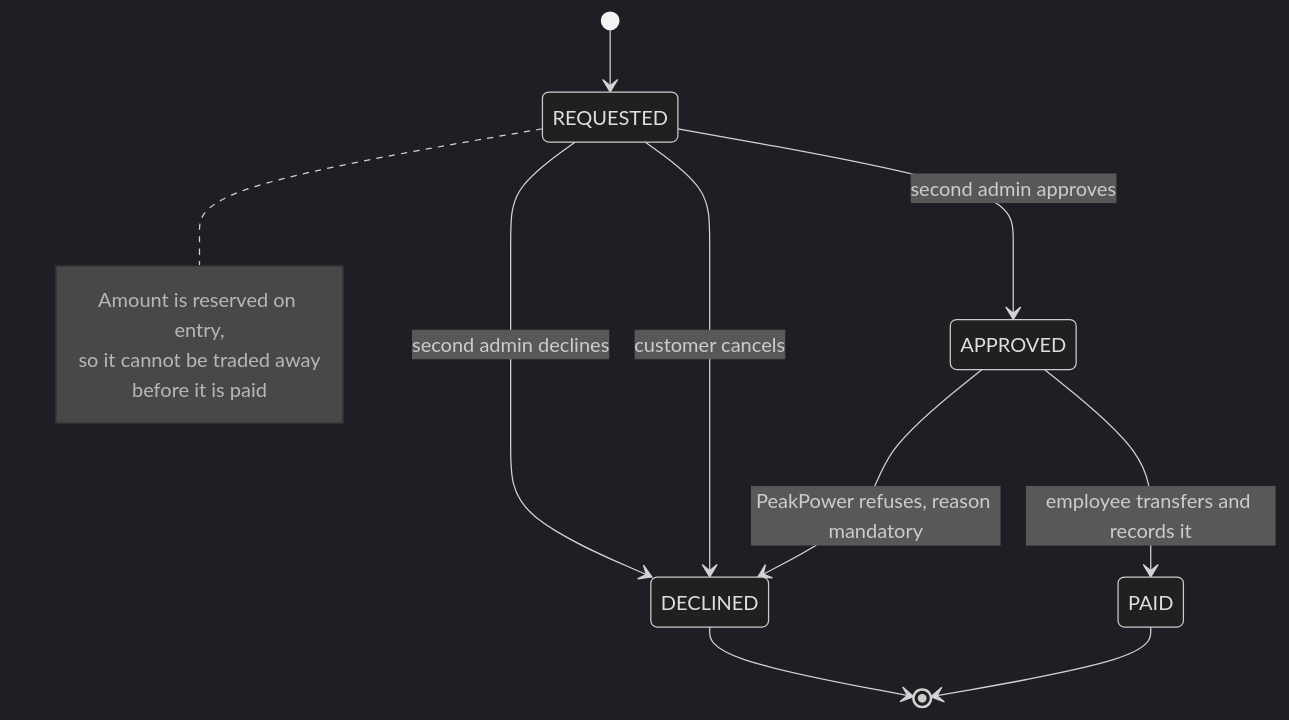
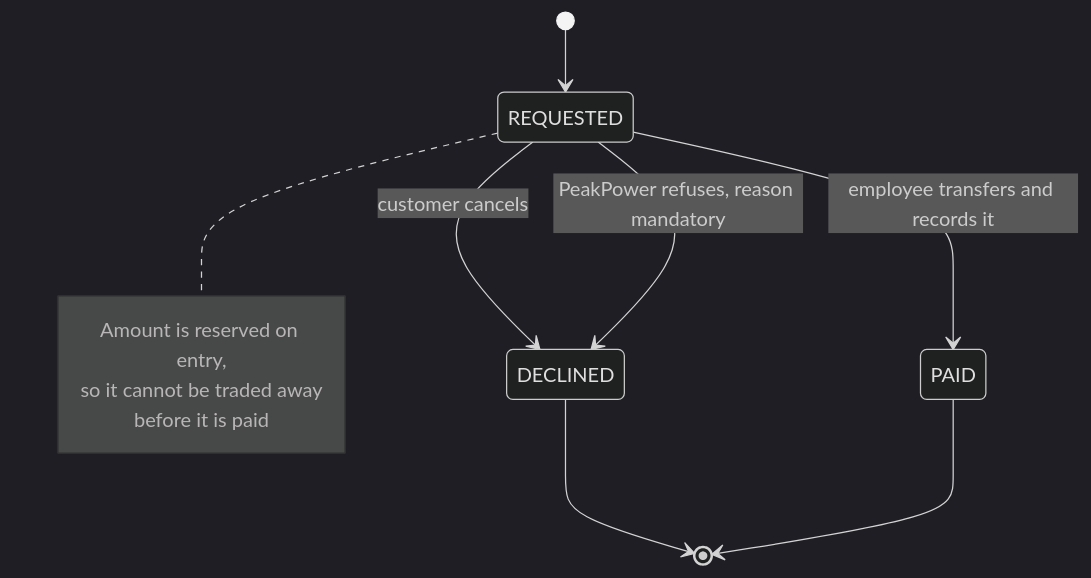
One commit to lukastosic-ifd/peakpowerspecs changed the third of 3 diagrams in specs/10-features/F06-wallet-and-ledger.md. Above: the diagram before and after it, drawn with Mermaid (dark theme). The commit also changed other lines of this file and 40 other files, not shown here.

````diff
--- a/specs/10-features/F06-wallet-and-ledger.md
+++ b/specs/10-features/F06-wallet-and-ledger.md
@@ -261,17 +261,15 @@
 ```mermaid
 stateDiagram-v2
     [*] --> REQUESTED
-    REQUESTED --> APPROVED: second admin approves
-    REQUESTED --> DECLINED: second admin declines
     REQUESTED --> DECLINED: customer cancels
-    APPROVED --> PAID: employee transfers and records it
-    APPROVED --> DECLINED: PeakPower refuses, reason mandatory
+    REQUESTED --> PAID: employee transfers and records it
+    REQUESTED --> DECLINED: PeakPower refuses, reason mandatory
     DECLINED --> [*]
     PAID --> [*]
 
     note right of REQUESTED
         Amount is reserved on entry,
         so it cannot be traded away
         before it is paid
     end note
 ```
````
